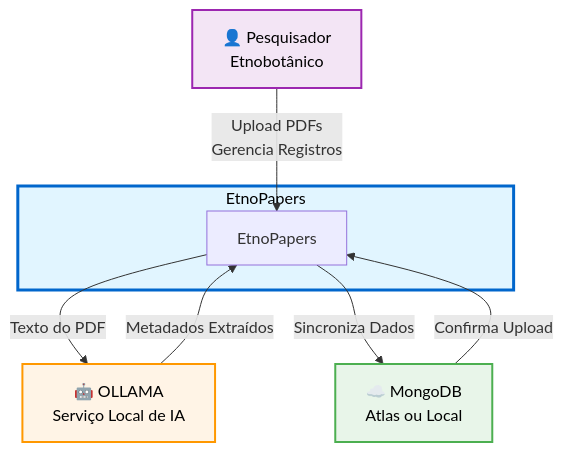
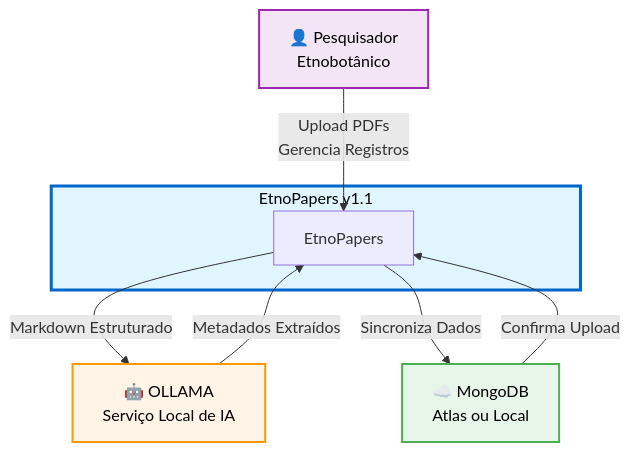
Before and after one commit to edalcin/etnopapers: the first of 4 diagrams in Arquitetrura.md, drawn with Mermaid. The commit also changed other lines of this file and 2 other files, not shown here.

````diff
--- a/Arquitetrura.md
+++ b/Arquitetrura.md
@@ -9,22 +9,22 @@
 ```mermaid
 graph TB
     User[👤 Pesquisador<br/>Etnobotânico]
 
-    subgraph Sistema["EtnoPapers"]
+    subgraph Sistema["EtnoPapers v1.1"]
         App[EtnoPapers]
     end
 
     OLLAMA[🤖 OLLAMA<br/>Serviço Local de IA]
     MongoDB[☁️ MongoDB<br/>Atlas ou Local]
 
     User -->|Upload PDFs<br/>Gerencia Registros| App
-    App -->|Texto do PDF| OLLAMA
+    App -->|Markdown Estruturado| OLLAMA
     OLLAMA -->|Metadados Extraídos| App
     App -->|Sincroniza Dados| MongoDB
     MongoDB -->|Confirma Upload| App
 
     style Sistema fill:#e1f5ff,stroke:#0066cc,stroke-width:3px,color:black
     style OLLAMA fill:#fff4e6,stroke:#ff9800,stroke-width:2px,color:black
     style MongoDB fill:#e8f5e9,stroke:#4caf50,stroke-width:2px,color:black
     style User fill:#f3e5f5,stroke:#9c27b0,stroke-width:2px,color:black
 ```
````
